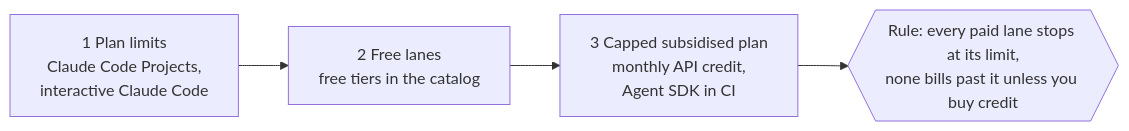
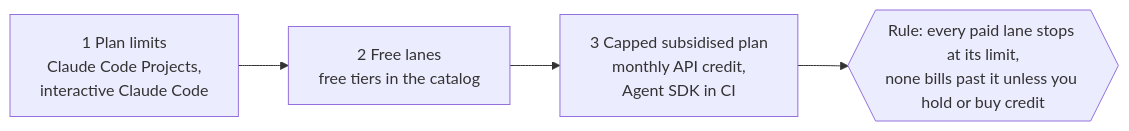
One commit to SoulCraft-Org/compute-crafter changed the diagram in guides/claude-code-projects.md. Above: the diagram before and after it, drawn with Mermaid. The commit also changed other lines of this file, not shown here.

Commit message:
Say API use stops only when no credit is held
Claude-Session: https://claude.ai/code/session_016EKrPHbBmKH3wePXjpaa5o

````diff
--- a/guides/claude-code-projects.md
+++ b/guides/claude-code-projects.md
@@ -5,6 +5,6 @@
 ```mermaid
 flowchart LR
   A[1 Plan limits<br/>Claude Code Projects,<br/>interactive Claude Code] --> B[2 Free lanes<br/>free tiers in the catalog]
   B --> C[3 Capped subsidised plan<br/>monthly API credit,<br/>Agent SDK in CI]
-  C --> R{{Rule: every paid lane stops at its limit,<br/>none bills past it unless you buy credit}}
+  C --> R{{Rule: every paid lane stops at its limit,<br/>none bills past it unless you hold or buy credit}}
 ```
````
